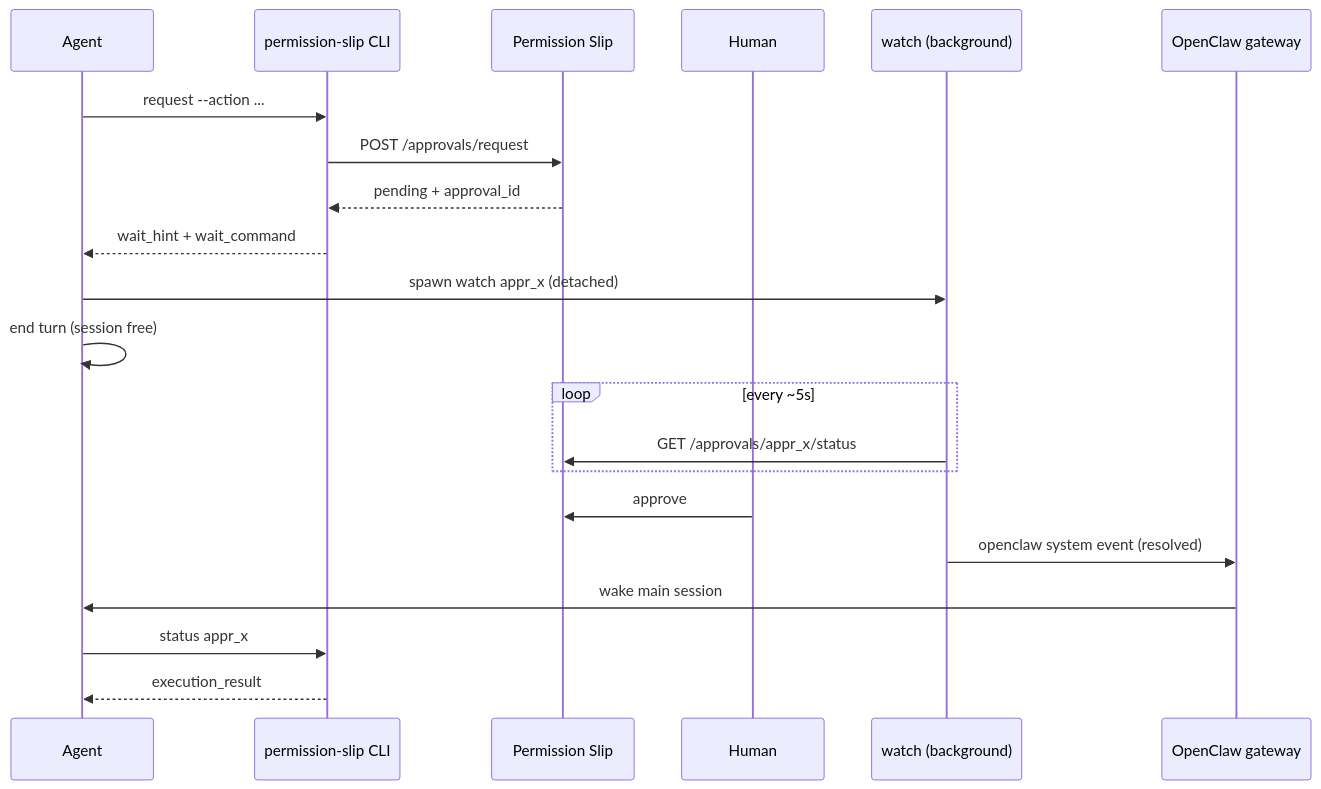
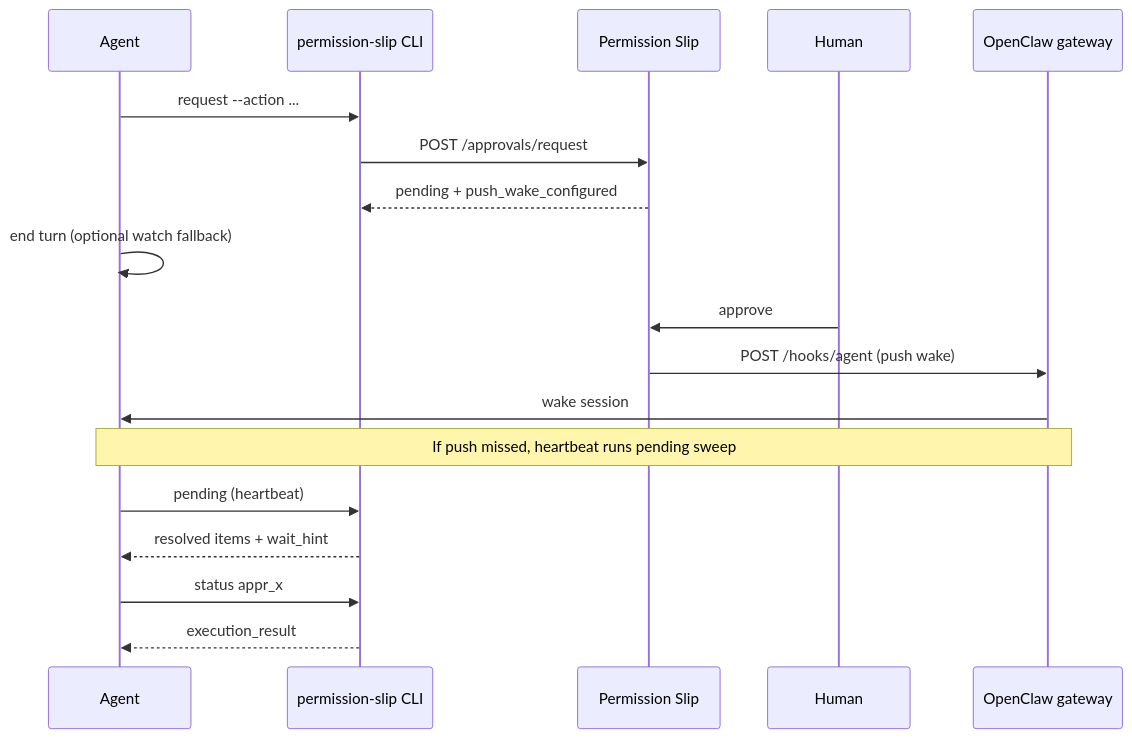
The diagram in docs/integrations/openclaw.md (supersuit-tech/permission-slip), drawn with Mermaid before and after one commit. The commit also changed other lines of this file and 38 other files, not shown here.

First line of the commit message:
feat: OpenClaw push wakes and heartbeat approval sweep (#1371) (#1372)

````diff
--- a/docs/integrations/openclaw.md
+++ b/docs/integrations/openclaw.md
@@ -25,24 +26,21 @@
 ```mermaid
 sequenceDiagram
   participant Agent
   participant CLI as permission-slip CLI
   participant PS as Permission Slip
   participant Human
-  participant Watcher as watch (background)
   participant GW as OpenClaw gateway
 
   Agent->>CLI: request --action ...
   CLI->>PS: POST /approvals/request
-  PS-->>CLI: pending + approval_id
-  CLI-->>Agent: wait_hint + wait_command
-  Agent->>Watcher: spawn watch appr_x (detached)
-  Agent->>Agent: end turn (session free)
-  loop every ~5s
-    Watcher->>PS: GET /approvals/appr_x/status
-  end
+  PS-->>CLI: pending + push_wake_configured
+  Agent->>Agent: end turn (optional watch fallback)
   Human->>PS: approve
-  Watcher->>GW: openclaw system event (resolved)
-  GW->>Agent: wake main session
+  PS->>GW: POST /hooks/agent (push wake)
+  GW->>Agent: wake session
+  Note over Agent,GW: If push missed, heartbeat runs pending sweep
+  Agent->>CLI: pending (heartbeat)
+  CLI-->>Agent: resolved items + wait_hint
   Agent->>CLI: status appr_x
   CLI-->>Agent: execution_result
 ```
````
